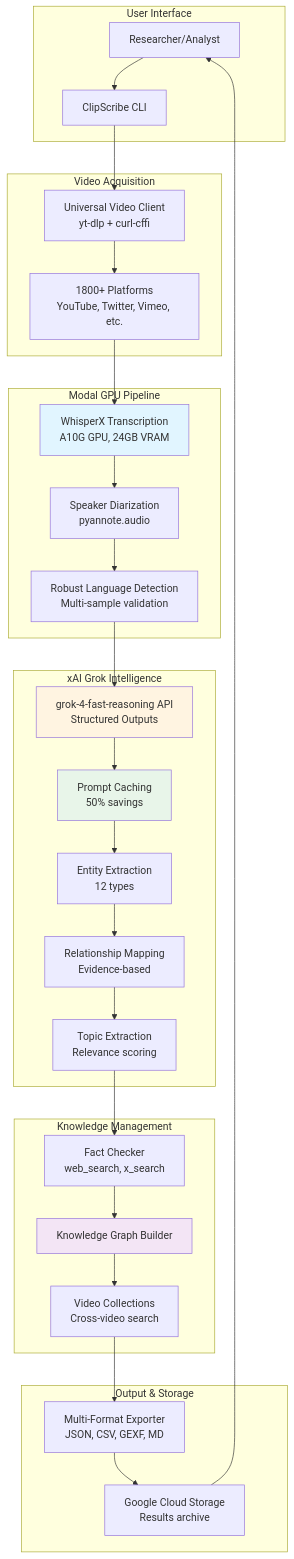
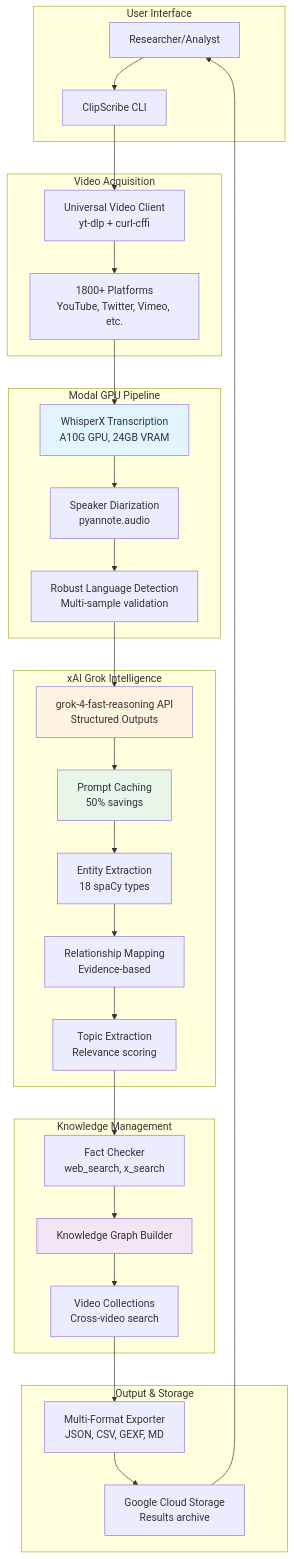
The first of 14 diagrams in docs/ARCHITECTURE.md (bubroz/clipscribe), drawn with Mermaid before and after one commit. The commit also changed other lines of this file and 2 other files, not shown here.

First line of the commit message:
docs: clarify entity types - 18 supported, 12 found in validation

````diff
--- a/docs/ARCHITECTURE.md
+++ b/docs/ARCHITECTURE.md
@@ -49,60 +49,60 @@
 ```mermaid
 graph TB
     subgraph "User Interface"
         User[Researcher/Analyst]
         CLI[ClipScribe CLI]
     end
     
     subgraph "Video Acquisition"
         VideoClient[Universal Video Client<br/>yt-dlp + curl-cffi]
         Platforms[1800+ Platforms<br/>YouTube, Twitter, Vimeo, etc.]
     end
     
     subgraph "Modal GPU Pipeline"
         WhisperX[WhisperX Transcription<br/>A10G GPU, 24GB VRAM]
         Diarization[Speaker Diarization<br/>pyannote.audio]
         LangDetect[Robust Language Detection<br/>Multi-sample validation]
     end
     
     subgraph "xAI Grok Intelligence"
         GrokAPI[grok-4-fast-reasoning API<br/>Structured Outputs]
         PromptCache[Prompt Caching<br/>50% savings]
-        EntityExtract[Entity Extraction<br/>12 types]
+        EntityExtract[Entity Extraction<br/>18 spaCy types]
         RelationMap[Relationship Mapping<br/>Evidence-based]
         TopicExtract[Topic Extraction<br/>Relevance scoring]
     end
     
     subgraph "Knowledge Management"
         KG[Knowledge Graph Builder]
         FactCheck[Fact Checker<br/>web_search, x_search]
         KnowledgeBase[Video Collections<br/>Cross-video search]
     end
     
     subgraph "Output & Storage"
         Formatter[Multi-Format Exporter<br/>JSON, CSV, GEXF, MD]
         GCS[Google Cloud Storage<br/>Results archive]
     end
     
     User --> CLI
     CLI --> VideoClient
     VideoClient --> Platforms
     Platforms --> WhisperX
     WhisperX --> Diarization
     Diarization --> LangDetect
     LangDetect --> GrokAPI
     GrokAPI --> PromptCache
     PromptCache --> EntityExtract
     EntityExtract --> RelationMap
     RelationMap --> TopicExtract
     TopicExtract --> FactCheck
     FactCheck --> KG
     KG --> KnowledgeBase
     KnowledgeBase --> Formatter
     Formatter --> GCS
     GCS --> User
     
     style WhisperX fill:#e1f5ff
     style GrokAPI fill:#fff4e1
     style PromptCache fill:#e8f5e9
     style KG fill:#f3e5f5
 ```
````
